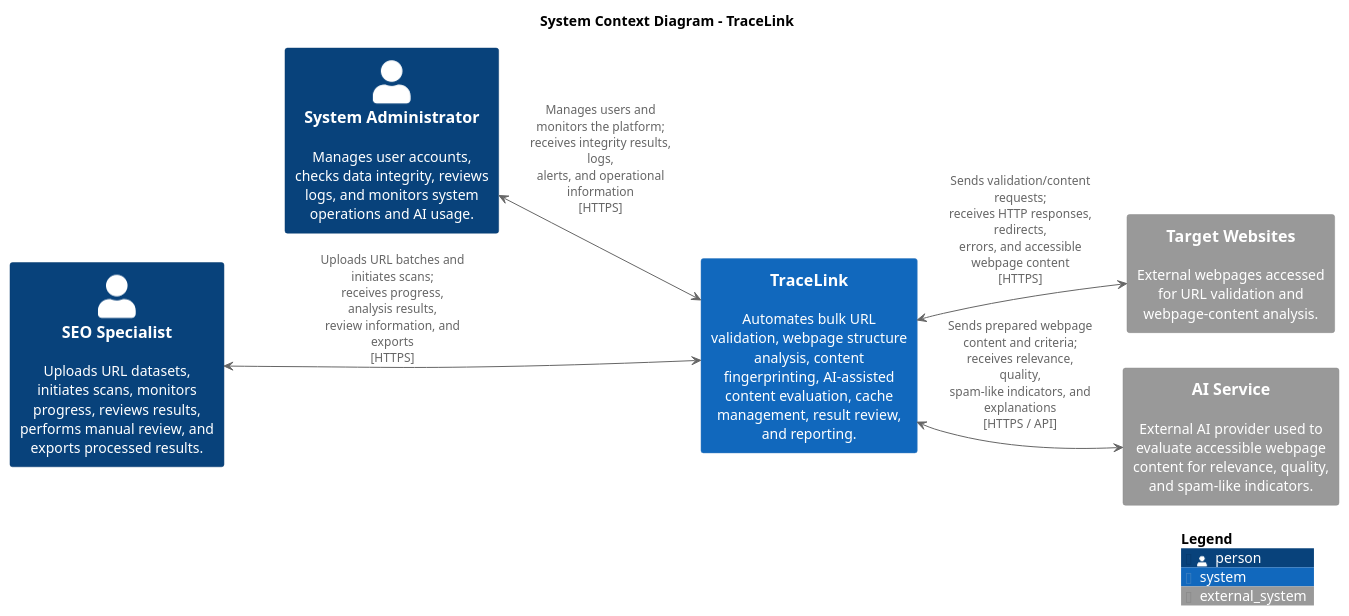
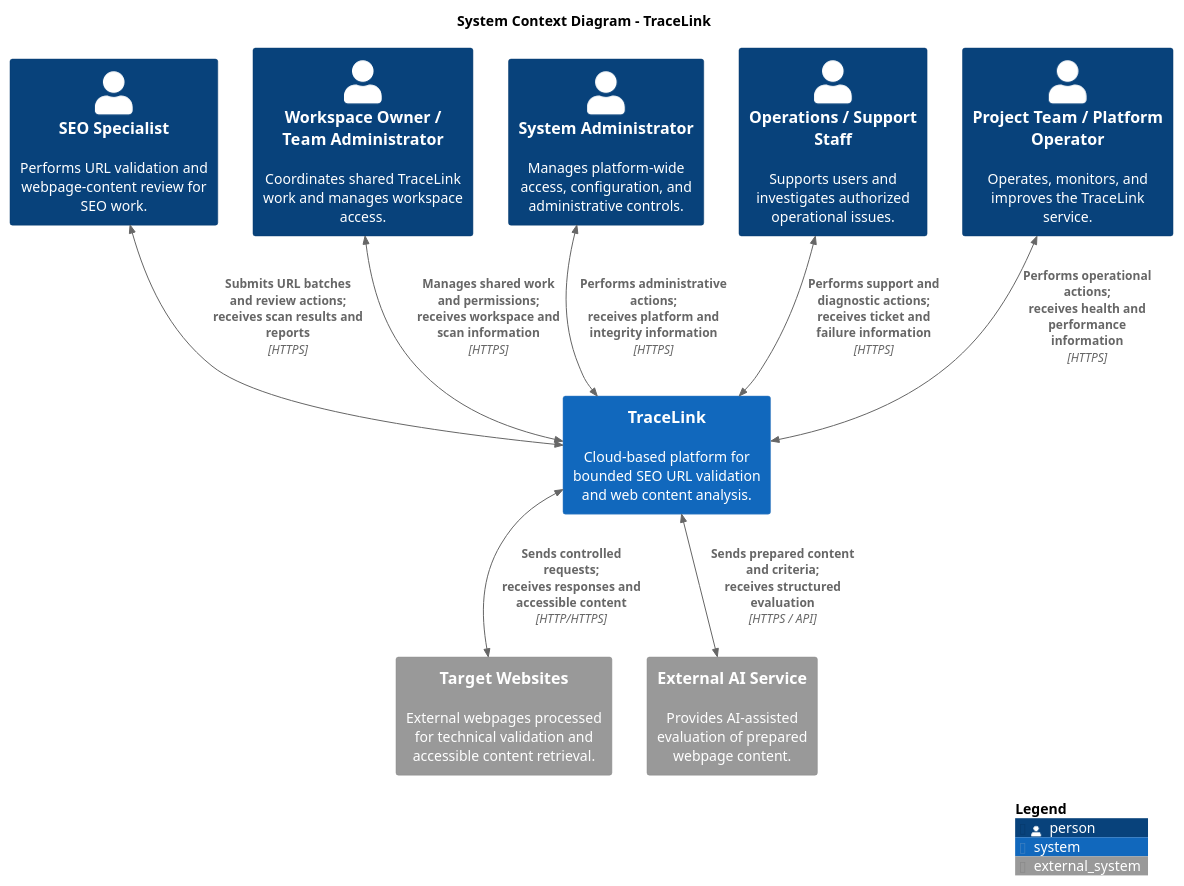
One commit to APC-SoCIT/APC-2026-2027-T1-SF241-Grp-3-Dark-Triad-TRACELINK-AI-Assisted-Platform changed the diagram in docs/c4/system-context.puml. Above: the diagram before and after it, drawn with PlantUML.

Commit message:
docs: update TraceLink system context diagram

```diff
--- a/docs/c4/system-context.puml
+++ b/docs/c4/system-context.puml
@@ -1,33 +1,42 @@
 @startuml TraceLink_System_Context
 
 !include https://raw.githubusercontent.com/plantuml-stdlib/C4-PlantUML/master/C4_Context.puml
 
-LAYOUT_LEFT_RIGHT()
+LAYOUT_TOP_DOWN()
 
 title System Context Diagram - TraceLink
 
-Person(seoSpecialist, "SEO Specialist", "Uploads URL datasets, initiates scans, monitors progress, reviews results, performs manual review, and exports processed results.")
+Person(seoSpecialist, "SEO Specialist", "Performs URL validation and webpage-content review for SEO work.")
+Person(workspaceOwner, "Workspace Owner / Team Administrator", "Coordinates shared TraceLink work and manages workspace access.")
+Person(systemAdmin, "System Administrator", "Manages platform-wide access, configuration, and administrative controls.")
+Person(supportStaff, "Operations / Support Staff", "Supports users and investigates authorized operational issues.")
+Person(platformOperator, "Project Team / Platform Operator", "Operates, monitors, and improves the TraceLink service.")
 
-Person(systemAdmin, "System Administrator", "Manages user accounts, checks data integrity, reviews logs, and monitors system operations and AI usage.")
+System(tracelink, "TraceLink", "Cloud-based platform for bounded SEO URL validation and web content analysis.")
 
-System(traceLink, "TraceLink", "Automates bulk URL validation, webpage structure analysis, content fingerprinting, AI-assisted content evaluation, cache management, result review, and reporting.")
+System_Ext(targetWebsites, "Target Websites", "External webpages processed for technical validation and accessible content retrieval.")
+System_Ext(aiService, "External AI Service", "Provides AI-assisted evaluation of prepared webpage content.")
 
-System_Ext(targetWebsites, "Target Websites", "External webpages accessed for URL validation and webpage-content analysis.")
+BiRel(seoSpecialist, tracelink, "Submits URL batches and review actions;\nreceives scan results and reports", "HTTPS")
+BiRel(workspaceOwner, tracelink, "Manages shared work and permissions;\nreceives workspace and scan information", "HTTPS")
+BiRel(systemAdmin, tracelink, "Performs administrative actions;\nreceives platform and integrity information", "HTTPS")
+BiRel(supportStaff, tracelink, "Performs support and diagnostic actions;\nreceives ticket and failure information", "HTTPS")
+BiRel(platformOperator, tracelink, "Performs operational actions;\nreceives health and performance information", "HTTPS")
 
-System_Ext(aiService, "AI Service", "External AI provider used to evaluate accessible webpage content for relevance, quality, and spam-like indicators.")
+BiRel(tracelink, targetWebsites, "Sends controlled requests;\nreceives responses and accessible content", "HTTP/HTTPS")
+BiRel(tracelink, aiService, "Sends prepared content and criteria;\nreceives structured evaluation", "HTTPS / API")
 
-' Layout helper
-seoSpecialist -[hidden]down-> systemAdmin
+' Compact placement
+Lay_R(seoSpecialist, workspaceOwner)
+Lay_R(workspaceOwner, systemAdmin)
+Lay_R(systemAdmin, supportStaff)
+Lay_R(supportStaff, platformOperator)
 
-' Two-way relationships
-seoSpecialist <--> traceLink : Uploads URL batches and initiates scans;\nreceives progress, analysis results,\nreview information, and exports\n[HTTPS]
+Lay_D(systemAdmin, tracelink)
 
-systemAdmin <--> traceLink : Manages users and monitors the platform;\nreceives integrity results, logs,\nalerts, and operational information\n[HTTPS]
-
-traceLink <--> targetWebsites : Sends validation/content requests;\nreceives HTTP responses, redirects,\nerrors, and accessible webpage content\n[HTTPS]
-
-traceLink <--> aiService : Sends prepared webpage content and criteria;\nreceives relevance, quality,\nspam-like indicators, and explanations\n[HTTPS / API]
+Lay_R(targetWebsites, aiService)
+Lay_D(tracelink, targetWebsites)
 
 SHOW_LEGEND()
 
 @enduml
```
